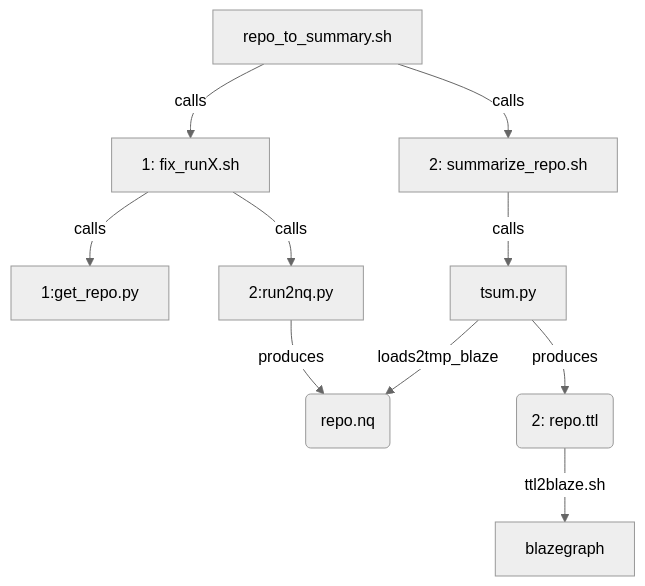
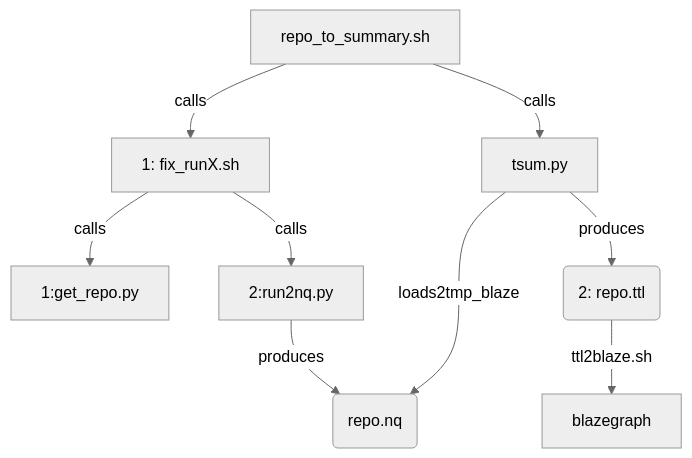
The diagram in summary/call-b.md (MBcode/ec), drawn with Mermaid (neutral theme) before and after one commit.

Commit message:
Update call-b.md
can call directly now

````diff
--- a/summary/call-b.md
+++ b/summary/call-b.md
@@ -5,10 +5,9 @@
 ```mermaid
 flowchart TD;
 R2S[repo_to_summary.sh]  -- calls --> G[1: fix_runX.sh];
 G -- calls --> gr[1:get_repo.py]
 G -- calls --> r2n[2:run2nq.py];
 r2n -- produces --> nq(repo.nq);
-R2S -- calls --> SR[2: summarize_repo.sh];
-SR -- calls --> F2[tsum.py] -- loads2tmp_blaze --> nq;
+R2S -- calls -->  F2[tsum.py] -- loads2tmp_blaze --> nq;
 F2 -- produces --> RT(2: repo.ttl) -- ttl2blaze.sh --> B[blazegraph];
 ```
````
